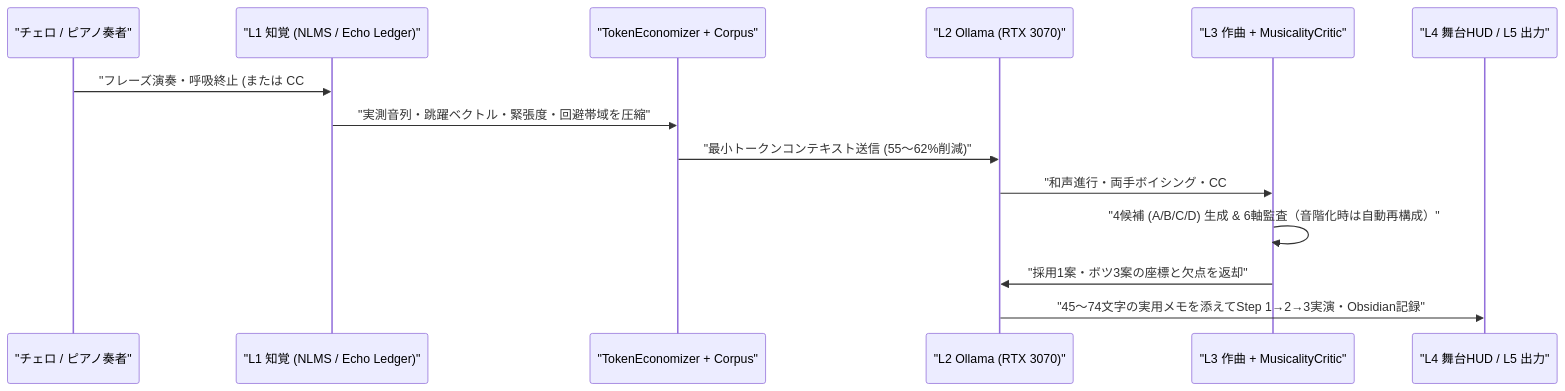
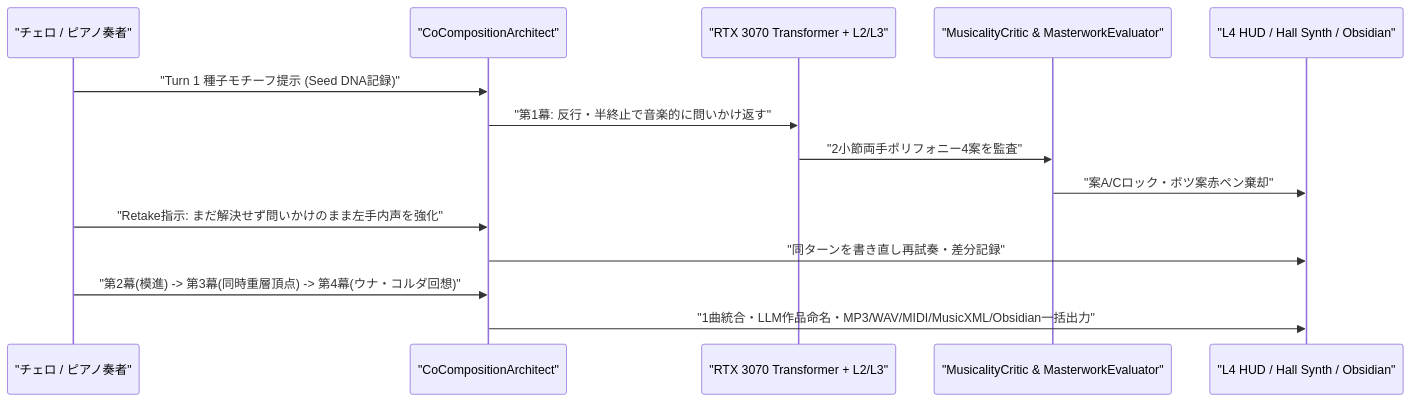
Before and after one commit to AI-Avalon/Disklavier-Auto: the second of 4 diagrams in README.md, drawn with Mermaid. The commit also changed other lines of this file and 75 other files, not shown here.

Commit message:
feat(stage): 4幕共同作曲エンジン、RTX 3070フレーズ学習、ホール物理音響シンセ、完成デモ音源(MP3/WAV/MIDI/MusicXML)公開

````diff
--- a/README.md
+++ b/README.md
@@ -63,17 +83,17 @@
 ```mermaid
 sequenceDiagram
     participant Human as "チェロ / ピアノ奏者"
-    participant L1 as "L1 知覚 (NLMS / Echo Ledger)"
-    participant Econ as "TokenEconomizer + Corpus"
-    participant L2 as "L2 Ollama (RTX 3070)"
-    participant L3 as "L3 作曲 + MusicalityCritic"
-    participant L45 as "L4 舞台HUD / L5 出力"
+    participant Arch as "CoCompositionArchitect"
+    participant Model as "RTX 3070 Transformer + L2/L3"
+    participant Critic as "MusicalityCritic & MasterworkEvaluator"
+    participant Output as "L4 HUD / Hall Synth / Obsidian"
 
-    Human->>L1: "フレーズ演奏・呼吸終止 (または CC#67 合図)"
-    L1->>Econ: "実測音列・跳躍ベクトル・緊張度・回避帯域を圧縮"
-    Econ->>L2: "最小トークンコンテキスト送信 (55〜62%削減)"
-    L2->>L3: "和声進行・両手ボイシング・CC#64/67方針を出力"
-    L3->>L3: "4候補 (A/B/C/D) 生成 & 6軸監査（音階化時は自動再構成）"
-    L3->>L2: "採用1案・ボツ3案の座標と欠点を返却"
-    L2->>L45: "45〜74文字の実用メモを添えてStep 1→2→3実演・Obsidian記録"
+    Human->>Arch: "Turn 1 種子モチーフ提示 (Seed DNA記録)"
+    Arch->>Model: "第1幕: 反行・半終止で音楽的に問いかけ返す"
+    Model->>Critic: "2小節両手ポリフォニー4案を監査"
+    Critic->>Output: "案A/Cロック・ボツ案赤ペン棄却"
+    Human->>Arch: "Retake指示: まだ解決せず問いかけのまま左手内声を強化"
+    Arch->>Output: "同ターンを書き直し再試奏・差分記録"
+    Human->>Arch: "第2幕(模進) -> 第3幕(同時重層頂点) -> 第4幕(ウナ・コルダ回想)"
+    Arch->>Output: "1曲統合・LLM作品命名・MP3/WAV/MIDI/MusicXML/Obsidian一括出力"
 ```
````
